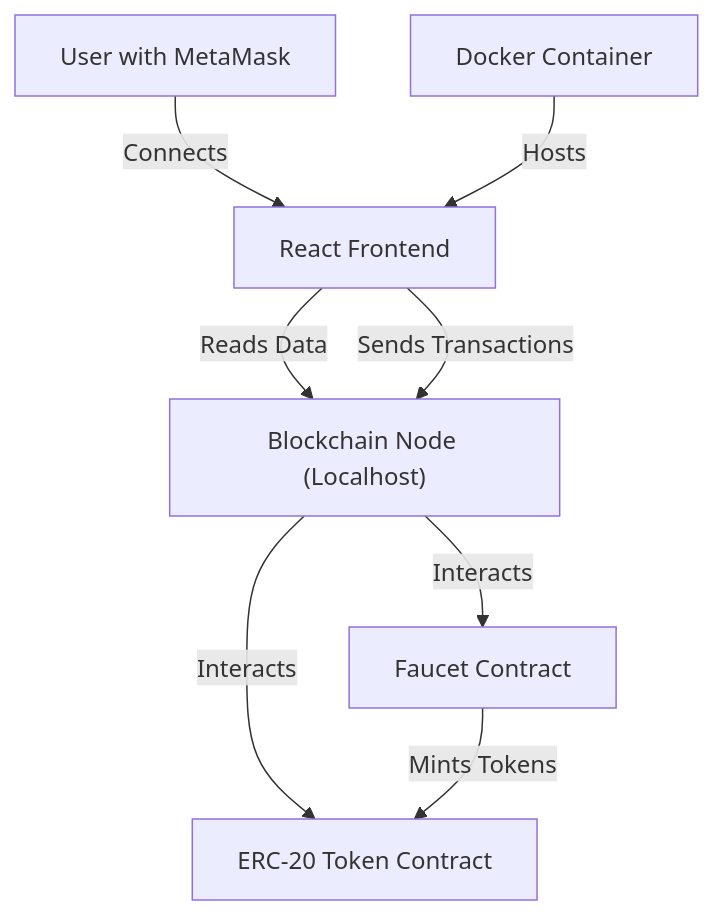
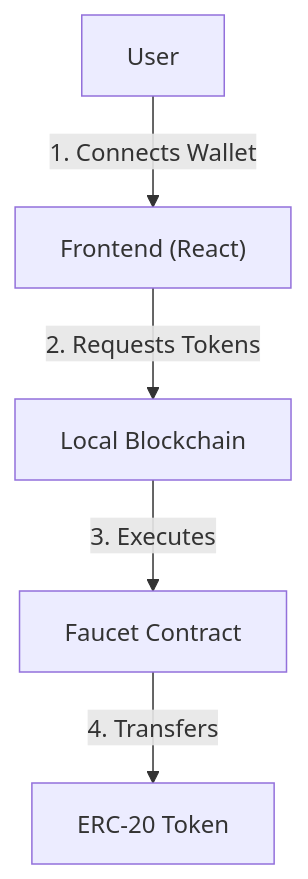
Before and after one commit to Priyanka05f0/Web3Exam-Submission: the diagram in README.md, drawn with Mermaid.

````diff
--- a/README.md
+++ b/README.md
@@ -12,10 +12,7 @@
 ```mermaid
 graph TD
-    User["User with MetaMask"] -->|Connects| Frontend["React Frontend"]
-    Frontend -->|Reads Data| RPC["Blockchain Node (Localhost)"]
-    Frontend -->|Sends Transactions| RPC
-    RPC -->|Interacts| Token["ERC-20 Token Contract"]
-    RPC -->|Interacts| Faucet["Faucet Contract"]
-    Faucet -->|Mints Tokens| Token
-    Docker["Docker Container"] -- Hosts --> Frontend
+    User["User"] -->|1. Connects Wallet| App["Frontend (React)"]
+    App -->|2. Requests Tokens| Node["Local Blockchain"]
+    Node -->|3. Executes| Faucet["Faucet Contract"]
+    Faucet -->|4. Transfers| Token["ERC-20 Token"]
 ```
````
